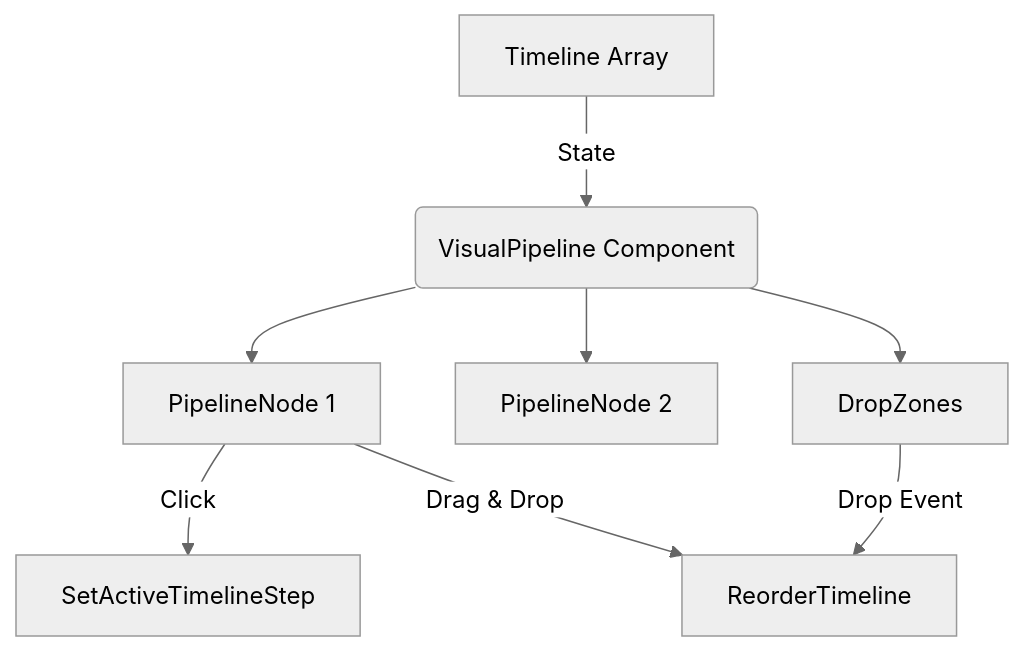
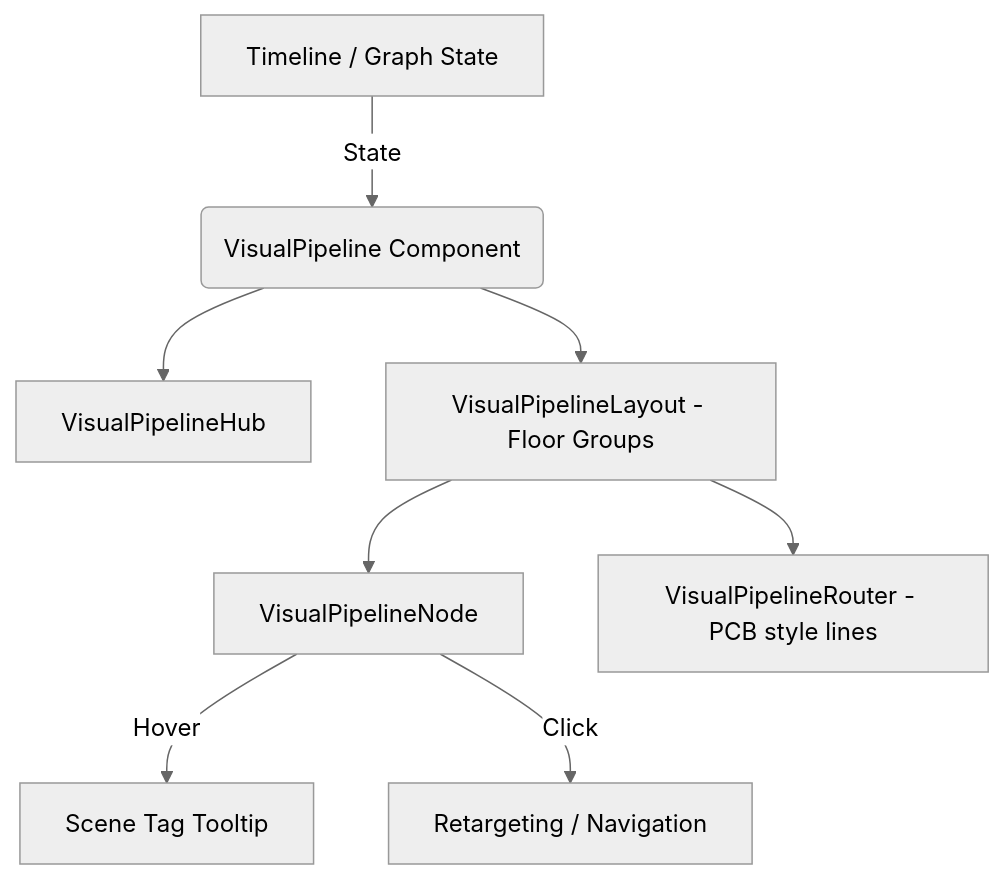
Before and after one commit to tobleron/robust-virtual-tour-builder: the diagram in docs/project_visual_pipeline.md, drawn with Mermaid (neutral theme). The commit also changed other lines of this file and 17 other files, not shown here.

````diff
--- a/docs/project_visual_pipeline.md
+++ b/docs/project_visual_pipeline.md
@@ -9,10 +9,10 @@
 ```mermaid
 graph TD
-    A[Timeline Array] -->|State| B(VisualPipeline Component)
-    B --> C[PipelineNode 1]
-    B --> D[PipelineNode 2]
-    B --> E[DropZones]
-    C -->|Click| F[SetActiveTimelineStep]
-    C -->|Drag & Drop| G[ReorderTimeline]
-    E -->|Drop Event| G
+    A[Timeline / Graph State] -->|State| B(VisualPipeline Component)
+    B --> C[VisualPipelineHub]
+    B --> D[VisualPipelineLayout - Floor Groups]
+    D --> E[VisualPipelineNode]
+    D --> F[VisualPipelineRouter - PCB style lines]
+    E -->|Hover| G[Scene Tag Tooltip]
+    E -->|Click| H[Retargeting / Navigation]
 ```
````
